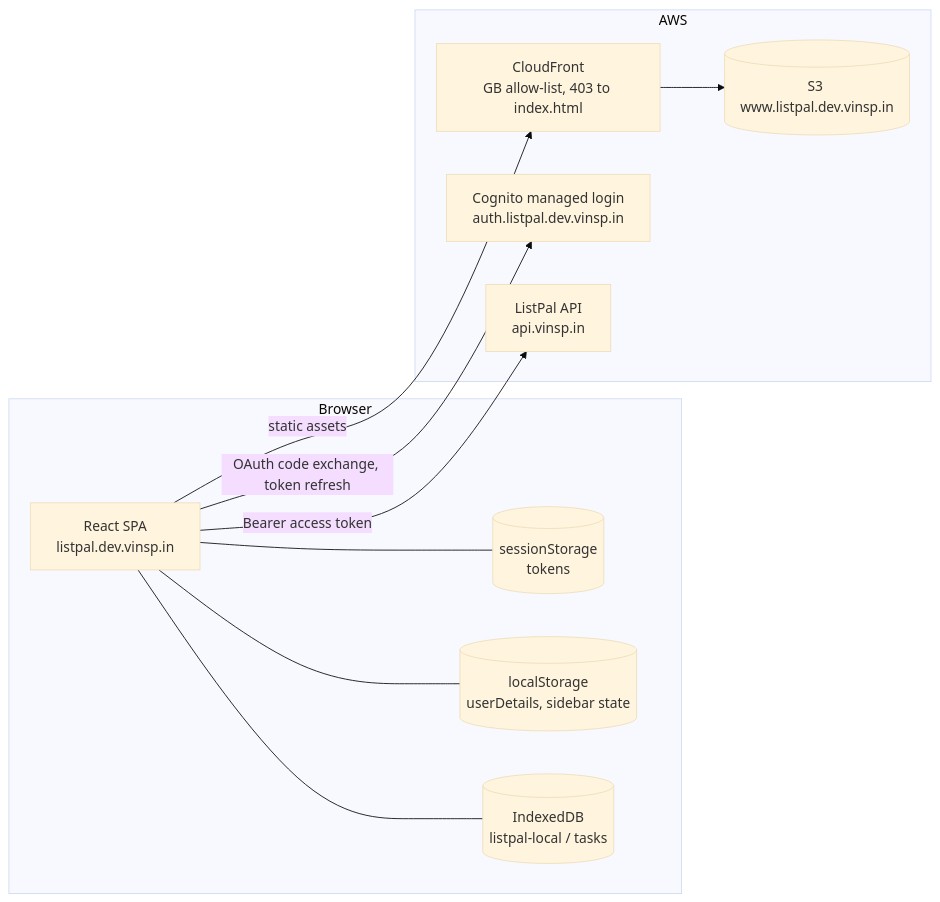
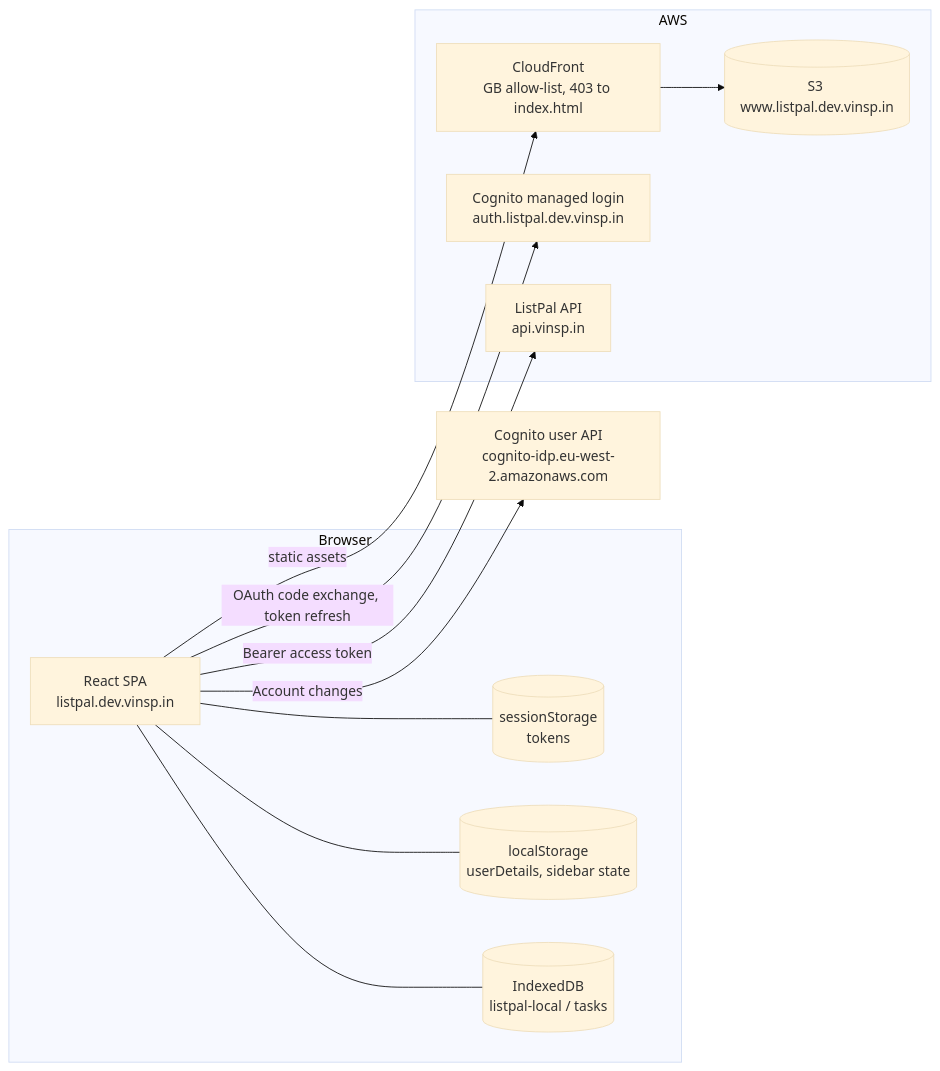
Before and after one commit to TomBenjaminMorris/listpal-frontend: the first of 10 diagrams in ARCHITECTURE.md, drawn with Mermaid (base theme). The commit also changed other lines of this file and 8 other files, not shown here.

````diff
--- a/ARCHITECTURE.md
+++ b/ARCHITECTURE.md
@@ -67,24 +69,25 @@
 ```mermaid
 flowchart LR
     subgraph Browser
         SPA["React SPA<br/>listpal.dev.vinsp.in"]
         SS[("sessionStorage<br/>tokens")]
         LS[("localStorage<br/>userDetails, sidebar state")]
         IDB[("IndexedDB<br/>listpal-local / tasks")]
     end
 
     subgraph AWS
         CF["CloudFront<br/>GB allow-list, 403 to index.html"]
         S3[("S3 www.listpal.dev.vinsp.in")]
         COG["Cognito managed login<br/>auth.listpal.dev.vinsp.in"]
         API["ListPal API<br/>api.vinsp.in"]
     end
 
     CF --> S3
     SPA -->|"static assets"| CF
     SPA -->|"OAuth code exchange, token refresh"| COG
+    SPA -->|"Account changes"| IDP["Cognito user API<br/>cognito-idp.eu-west-2.amazonaws.com"]
     SPA -->|"Bearer access token"| API
     SPA --- SS
     SPA --- LS
     SPA --- IDB
 ```
````
